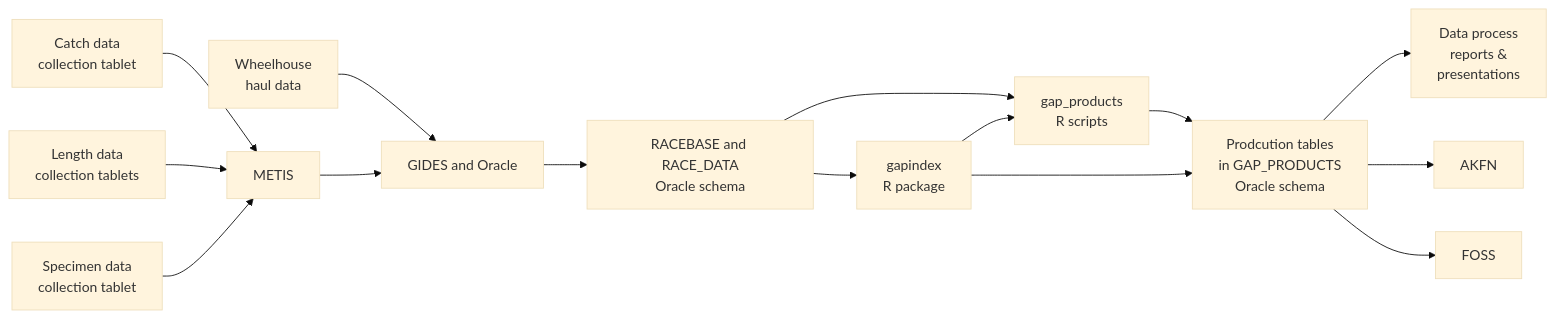
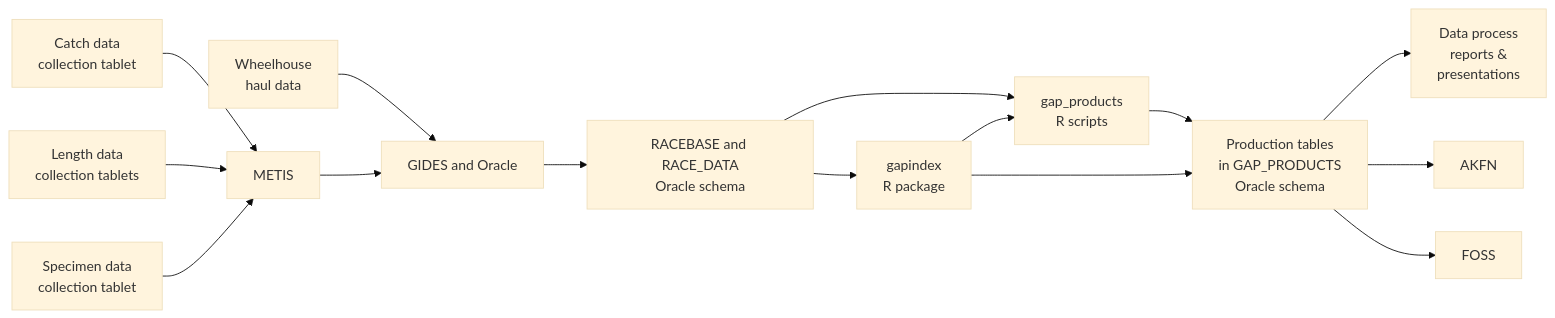
The first of 2 diagrams in content/intro-workflow.qmd (afsc-gap-products/gap_products), drawn with Mermaid (base theme) before and after one commit. The commit also changed other lines of this file and 124 other files, not shown here.

Commit message:
added dev diagram and product that these products contribute to diangram to workflow page, reran all pages

````diff
--- a/content/intro-workflow.qmd
+++ b/content/intro-workflow.qmd
@@ -11,21 +13,21 @@
 ```{mermaid}
 %%| label: fig-workflow
 %%| fig-cap: "Simplified data workflow from boat to production."
 
 flowchart LR
   A[Catch data\ncollection tablet] --> B[METIS]
   A1[Length data\ncollection tablets] --> B
   A2[Specimen data\ncollection tablet] --> B
   A3[Wheelhouse\nhaul data] --> C[GIDES and Oracle]
   B --> C
   C --> D[RACEBASE and RACE_DATA\nOracle schema]
   D --> E[gapindex\nR package]
   D --> F[gap_products\nR scripts]
   E --> F
-  F --> G[Prodcution tables\nin GAP_PRODUCTS\nOracle schema]
+  F --> G[Production tables\nin GAP_PRODUCTS\nOracle schema]
   E --> G
   G --> H[Data process\nreports &\npresentations]
   G --> I[AKFN]
   G --> J[FOSS]
   
 ```
````
